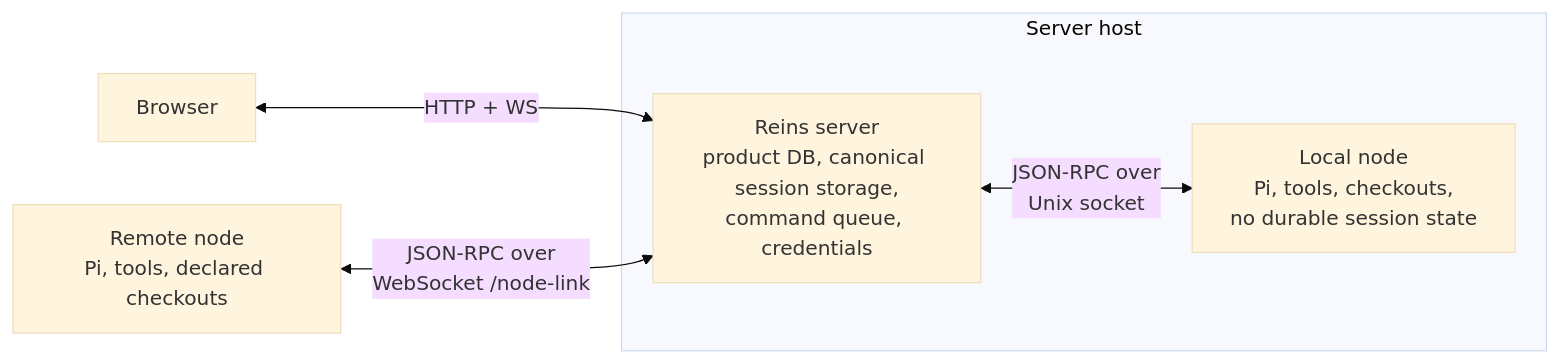
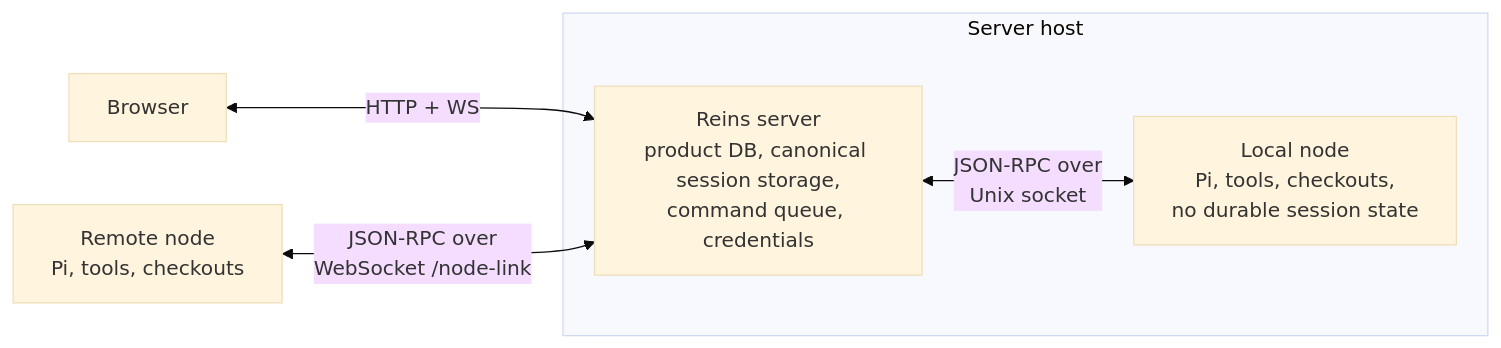
Before and after one commit to willtcarey/reins: the diagram in docs/plans/node-architecture.md, drawn with Mermaid (base theme). The commit also changed other lines of this file and 58 other files, not shown here.

Commit message:
Sources are managed on the server only (ADR-026): the node keeps no list; add a project's checkout on another node from project settings or reins source add

````diff
--- a/docs/plans/node-architecture.md
+++ b/docs/plans/node-architecture.md
@@ -9,10 +9,10 @@
 ```mermaid
 graph LR
     Browser[Browser] <-->|HTTP + WS| Server
     subgraph Server host
         Server[Reins server\nproduct DB, canonical session storage,\ncommand queue, credentials]
         Local[Local node\nPi, tools, checkouts,\nno durable session state]
         Server <-->|JSON-RPC over\nUnix socket| Local
     end
-    Remote[Remote node\nPi, tools, declared checkouts] <-->|JSON-RPC over\nWebSocket /node-link| Server
+    Remote[Remote node\nPi, tools, checkouts] <-->|JSON-RPC over\nWebSocket /node-link| Server
 ```
````
